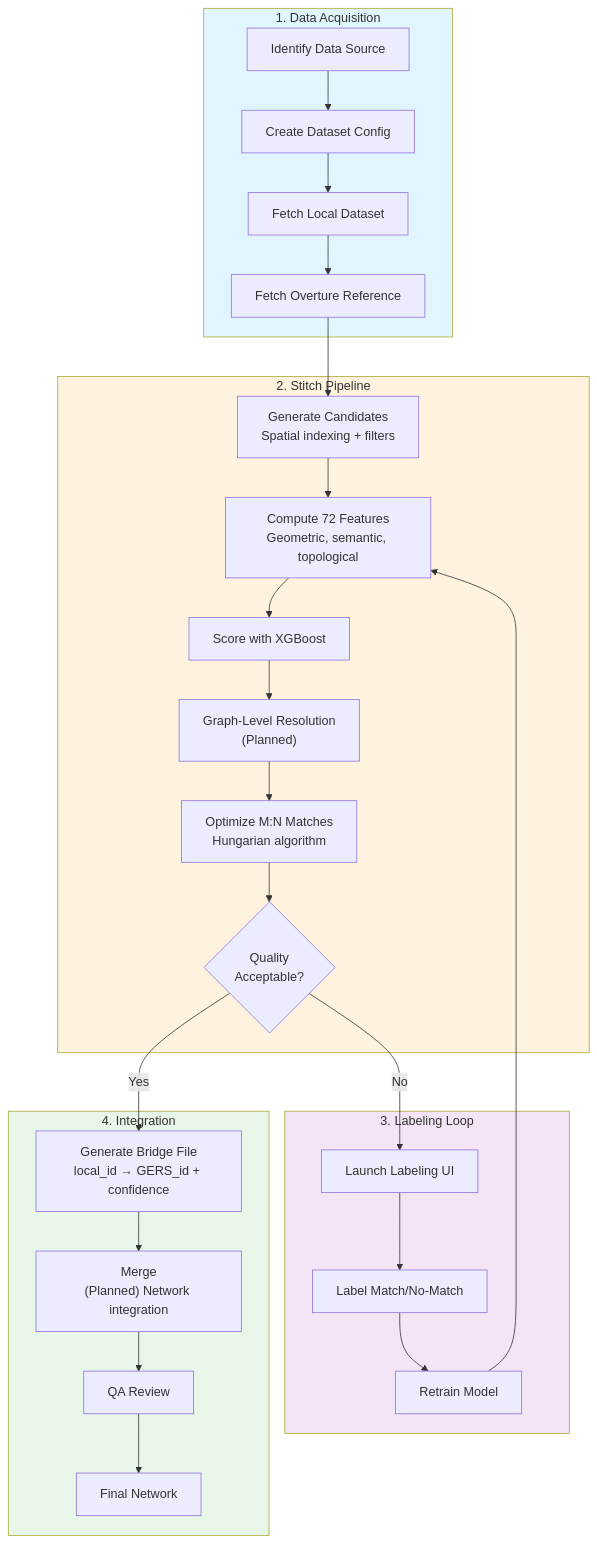
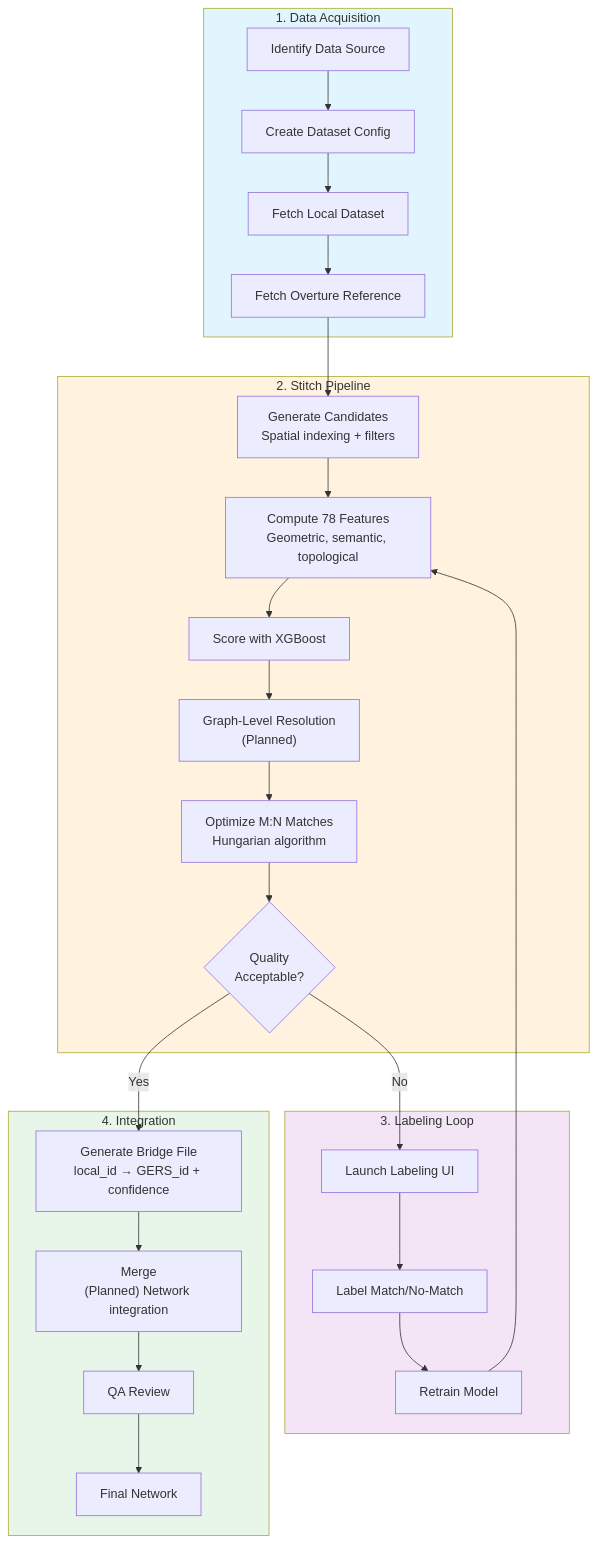
Before and after one commit to brad-richardson/crosswalk: the diagram in README.md, drawn with Mermaid. The commit also changed other lines of this file and 2 other files, not shown here.

````diff
--- a/README.md
+++ b/README.md
@@ -68,36 +68,36 @@
 ```mermaid
 flowchart TB
     subgraph Data["1. Data Acquisition"]
         A[Identify Data Source] --> B[Create Dataset Config]
         B --> C[Fetch Local Dataset]
         C --> D[Fetch Overture Reference]
     end
 
     subgraph Match["2. Stitch Pipeline"]
         D --> E[Generate Candidates<br/>Spatial indexing + filters]
-        E --> F[Compute 72 Features<br/>Geometric, semantic, topological]
+        E --> F[Compute 78 Features<br/>Geometric, semantic, topological]
         F --> G[Score with XGBoost]
         G --> H["Graph-Level Resolution<br/>(Planned)"]
         H --> I[Optimize M:N Matches<br/>Hungarian algorithm]
         I --> J{Quality<br/>Acceptable?}
     end
 
     subgraph Label["3. Labeling Loop"]
         J -->|No| K[Launch Labeling UI]
         K --> L[Label Match/No-Match]
         L --> M[Retrain Model]
         M --> F
     end
 
     subgraph Output["4. Integration"]
         J -->|Yes| N[Generate Bridge File<br/>local_id → GERS_id + confidence]
         N --> O["Merge<br/>(Planned) Network integration"]
         O --> P[QA Review]
         P --> Q[Final Network]
     end
 
     style Data fill:#e1f5fe
     style Match fill:#fff3e0
     style Label fill:#f3e5f5
     style Output fill:#e8f5e9
 ```
````
